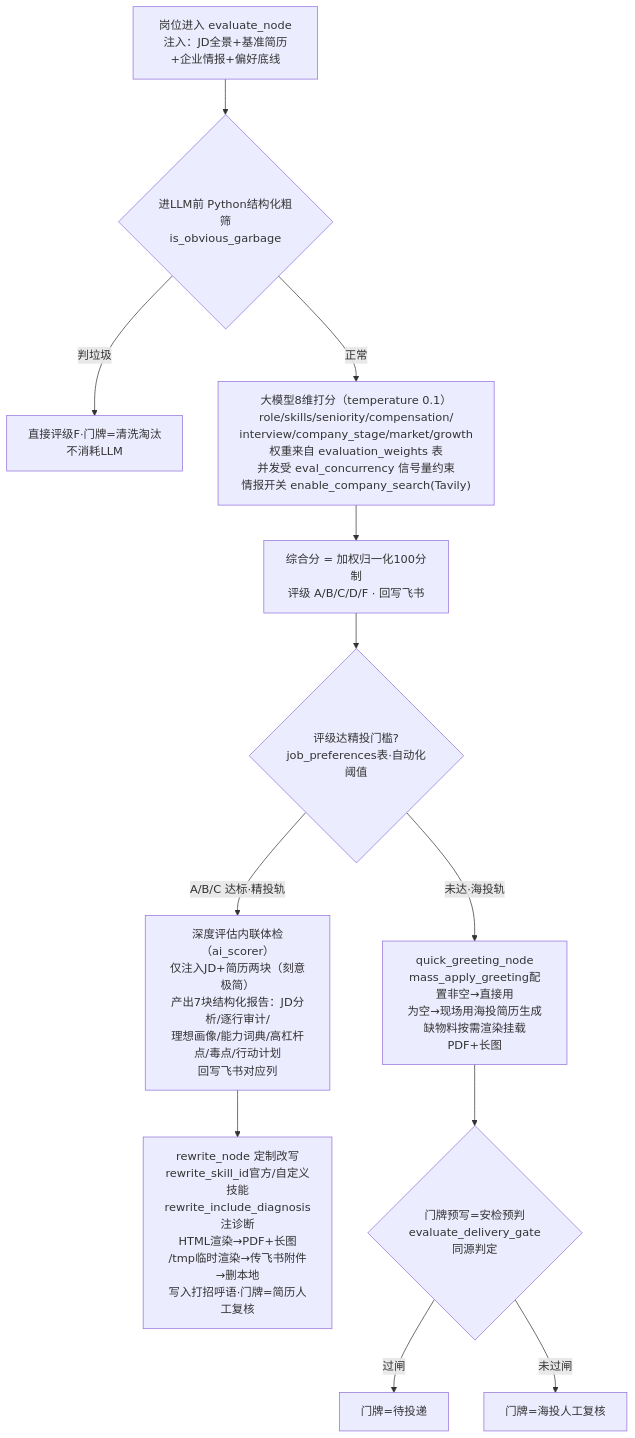
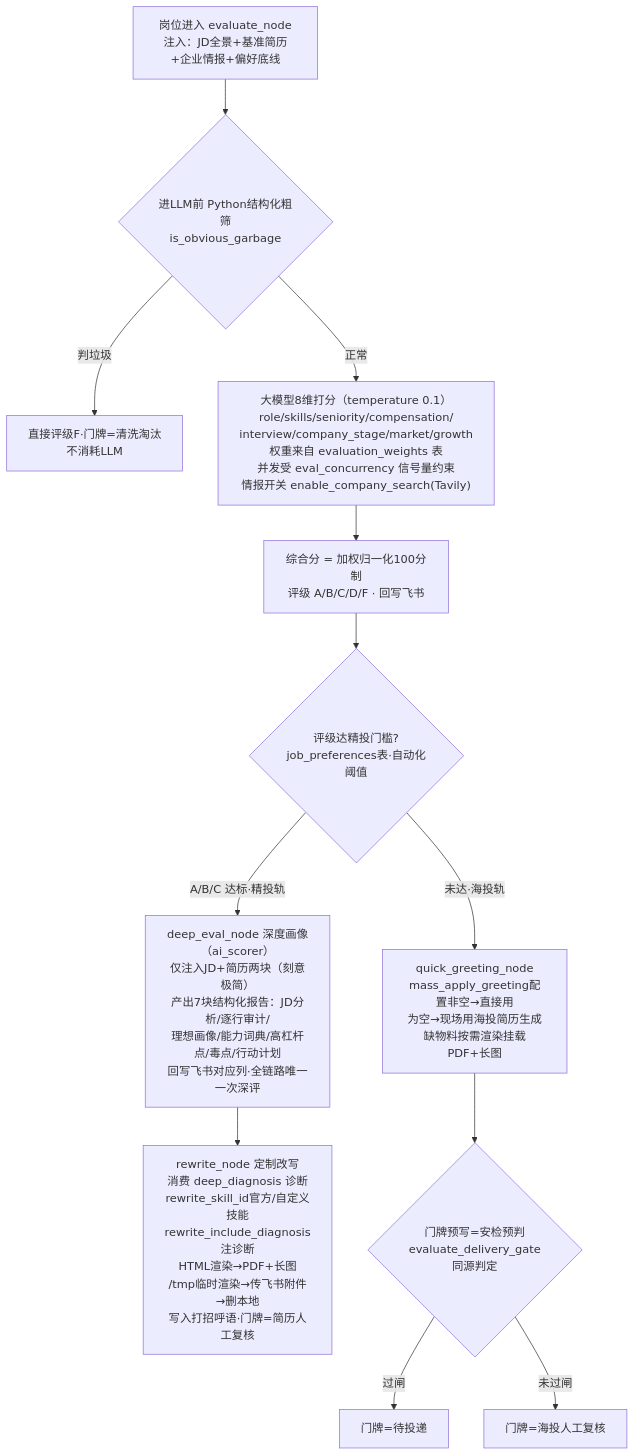
One commit to jolie-z/jobhunter-ai changed the fourth of 6 diagrams in docs/全链路指挥中心-真实链路图.md. Above: the diagram before and after it, drawn with Mermaid. The commit also changed other lines of this file and 342 other files, not shown here.

````diff
--- a/docs/全链路指挥中心-真实链路图.md
+++ b/docs/全链路指挥中心-真实链路图.md
@@ -130,16 +131,16 @@
 ```mermaid
 flowchart TD
     IN["岗位进入 evaluate_node<br/>注入：JD全景+基准简历+企业情报+偏好底线"]
     IN --> SF{"进LLM前 Python结构化粗筛<br/>is_obvious_garbage"}
     SF -->|"判垃圾"| FZ["直接评级F·门牌=清洗淘汰<br/>不消耗LLM"]
     SF -->|"正常"| LLM["大模型8维打分（temperature 0.1）<br/>role/skills/seniority/compensation/<br/>interview/company_stage/market/growth<br/>权重来自 evaluation_weights 表<br/>并发受 eval_concurrency 信号量约束<br/>情报开关 enable_company_search(Tavily)"]
     LLM --> SCORE["综合分 = 加权归一化100分制<br/>评级 A/B/C/D/F · 回写飞书"]
 
     SCORE --> TH{"评级达精投门槛?<br/>job_preferences表·自动化阈值"}
-    TH -->|"A/B/C 达标·精投轨"| DE["深度评估内联体检（ai_scorer）<br/>仅注入JD+简历两块（刻意极简）<br/>产出7块结构化报告：JD分析/逐行审计/<br/>理想画像/能力词典/高杠杆点/毒点/行动计划<br/>回写飞书对应列"]
-    DE --> RW["rewrite_node 定制改写<br/>rewrite_skill_id官方/自定义技能<br/>rewrite_include_diagnosis注诊断<br/>HTML渲染→PDF+长图<br/>/tmp临时渲染→传飞书附件→删本地<br/>写入打招呼语·门牌=简历人工复核"]
+    TH -->|"A/B/C 达标·精投轨"| DE["deep_eval_node 深度画像（ai_scorer）<br/>仅注入JD+简历两块（刻意极简）<br/>产出7块结构化报告：JD分析/逐行审计/<br/>理想画像/能力词典/高杠杆点/毒点/行动计划<br/>回写飞书对应列·全链路唯一一次深评"]
+    DE --> RW["rewrite_node 定制改写<br/>消费 deep_diagnosis 诊断<br/>rewrite_skill_id官方/自定义技能<br/>rewrite_include_diagnosis注诊断<br/>HTML渲染→PDF+长图<br/>/tmp临时渲染→传飞书附件→删本地<br/>写入打招呼语·门牌=简历人工复核"]
     TH -->|"未达·海投轨"| QG["quick_greeting_node<br/>mass_apply_greeting配置非空→直接用<br/>为空→现场用海投简历生成<br/>缺物料按需渲染挂载PDF+长图"]
     QG --> PRE{"门牌预写=安检预判<br/>evaluate_delivery_gate同源判定"}
     PRE -->|"过闸"| READY1["门牌=待投递"]
     PRE -->|"未过闸"| REVIEW1["门牌=海投人工复核"]
 ```
````
